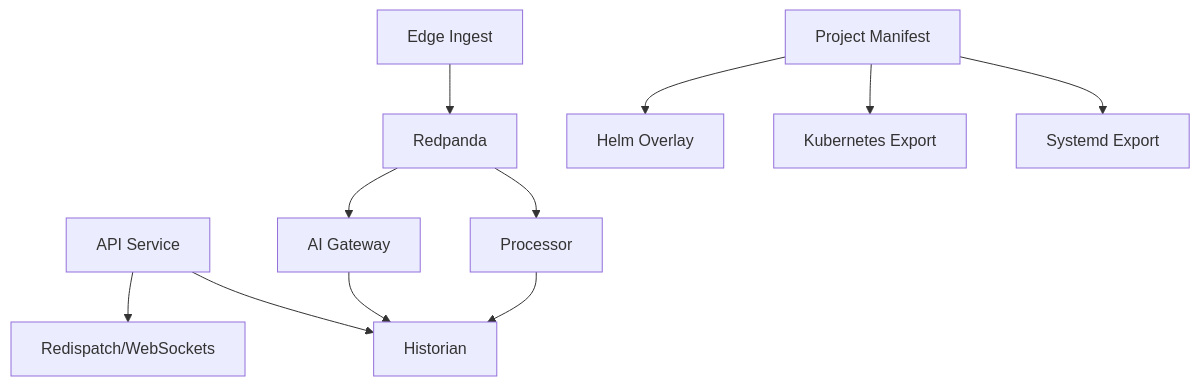
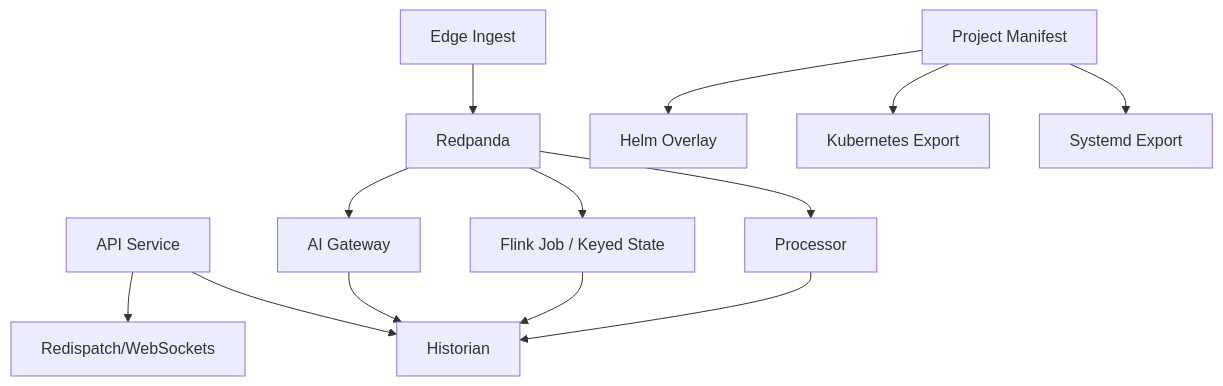
Before and after one commit to Navid-Moradimehr/Ravan: the diagram in ObsidianVault/00_Inbox/Implementation Graph - 2026-07-02.md, drawn with Mermaid. The commit also changed other lines of this file and 13 other files, not shown here.

Commit message:
refactor: align runtime path with flink job

````diff
--- a/ObsidianVault/00_Inbox/Implementation Graph - 2026-07-02.md
+++ b/ObsidianVault/00_Inbox/Implementation Graph - 2026-07-02.md
@@ -9,13 +9,15 @@
 ```mermaid
 graph TD
   A[API Service] --> B[Historian]
   A --> C[Redispatch/WebSockets]
   D[Edge Ingest] --> E[Redpanda]
   E --> F[Processor]
   F --> B
+  E --> L[Flink Job / Keyed State]
+  L --> B
   E --> G[AI Gateway]
   G --> B
   H[Project Manifest] --> I[Systemd Export]
   H --> J[Kubernetes Export]
   H --> K[Helm Overlay]
 ```
````
